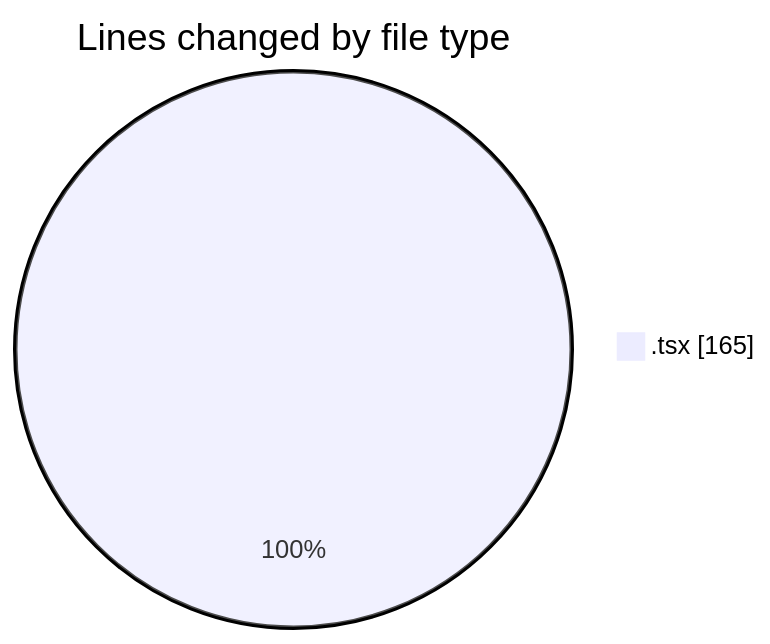
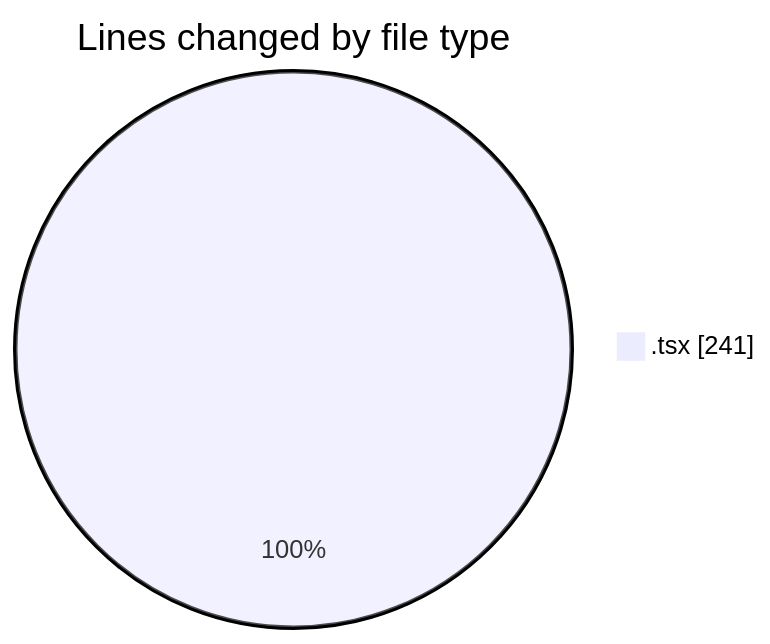
Before and after one commit to momahboobian/code-tracking: the first of 2 diagrams in 2026-08-17/cda/README.md, drawn with Mermaid. The commit also changed other lines of this file and 1 other file, not shown here.

````diff
--- a/2026-08-17/cda/README.md
+++ b/2026-08-17/cda/README.md
@@ -20,5 +21,5 @@
 ```mermaid
 pie showData
 title Lines changed by file type
-".tsx" : 165
+".tsx" : 241
 ```
````
